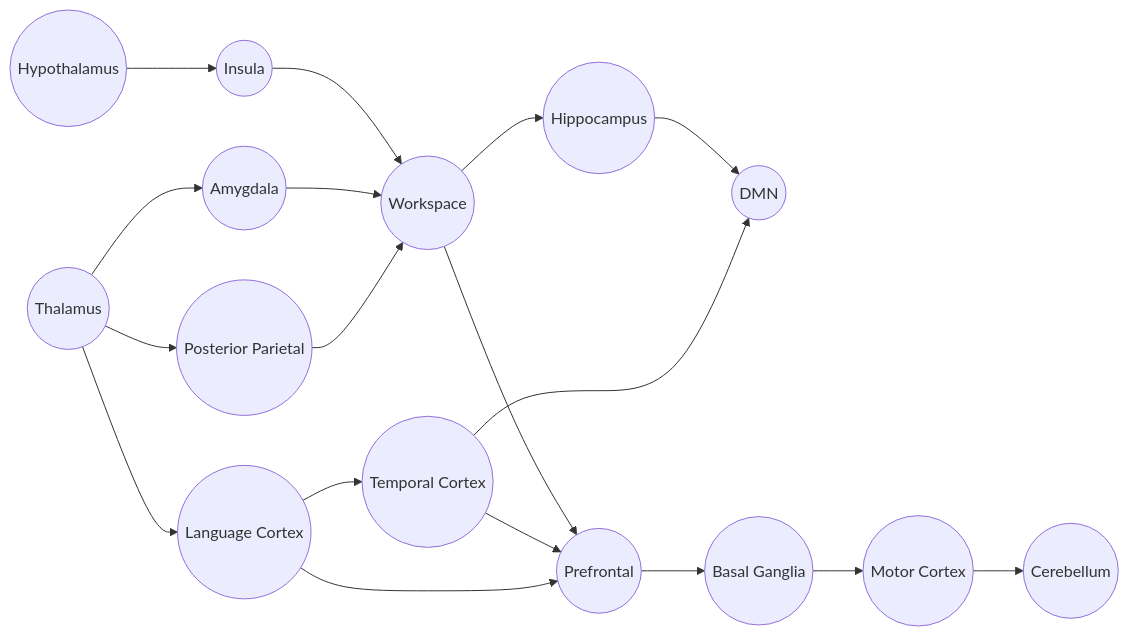
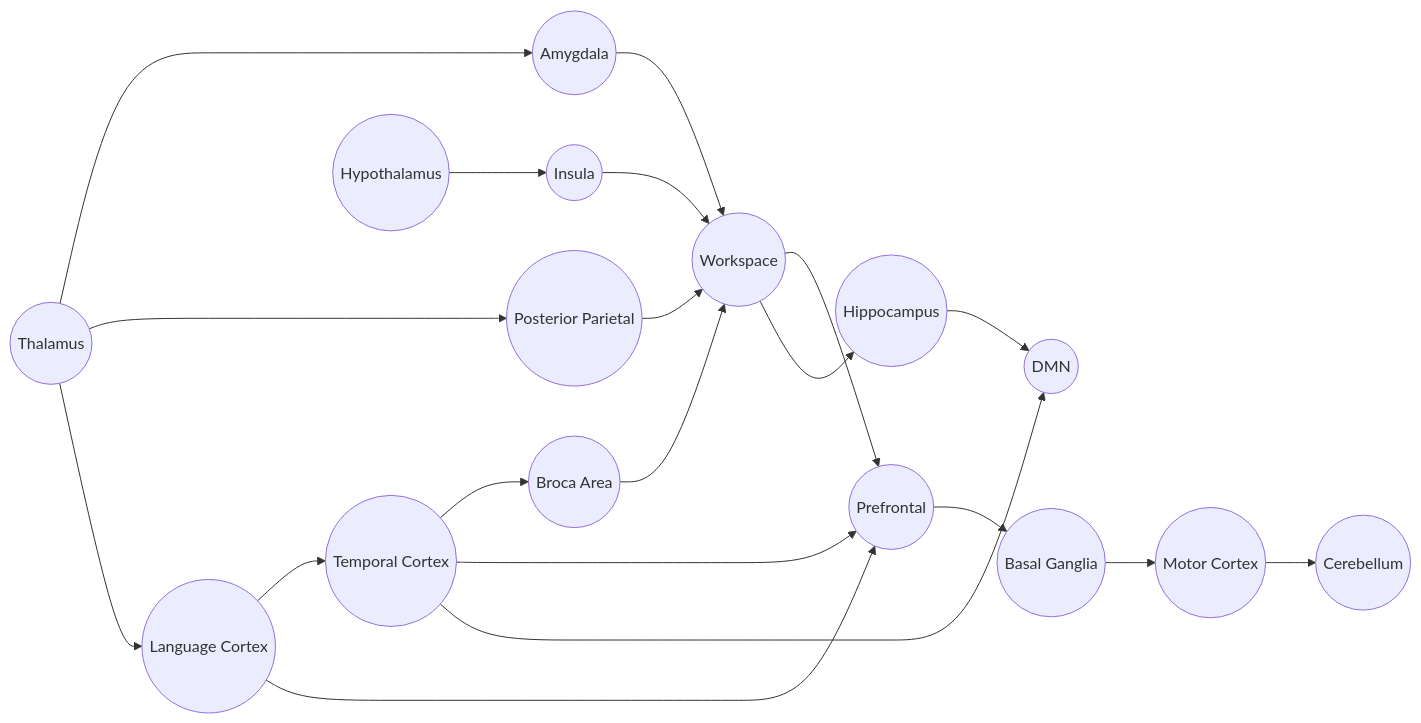
The first of 2 diagrams in docs/REGION_MAP.md (simonsickle/digital-brain), drawn with Mermaid before and after one commit. The commit also changed other lines of this file and 10 other files, not shown here.

````diff
--- a/docs/REGION_MAP.md
+++ b/docs/REGION_MAP.md
@@ -7,35 +7,38 @@
 ```mermaid
 graph LR
     Thalamus((Thalamus))
     Amygdala((Amygdala))
     Prefrontal((Prefrontal))
     Hippocampus((Hippocampus))
     DMN((DMN))
     Workspace((Workspace))
     Language((Language Cortex))
     Temporal((Temporal Cortex))
+    Broca((Broca Area))
     PPC((Posterior Parietal))
     Motor((Motor Cortex))
     Basal((Basal Ganglia))
     Cerebellum((Cerebellum))
     Insula((Insula))
     Hypo((Hypothalamus))
 
     Thalamus --> Amygdala
     Thalamus --> PPC
     Thalamus --> Language
     PPC --> Workspace
     Amygdala --> Workspace
     Language --> Temporal
+    Temporal --> Broca
     Language --> Prefrontal
     Temporal --> Prefrontal
     Temporal --> DMN
+    Broca --> Workspace
     Workspace --> Prefrontal
     Workspace --> Hippocampus
     Prefrontal --> Basal
     Basal --> Motor
     Motor --> Cerebellum
     Insula --> Workspace
     Hypo --> Insula
     Hippocampus --> DMN
 ```
````
